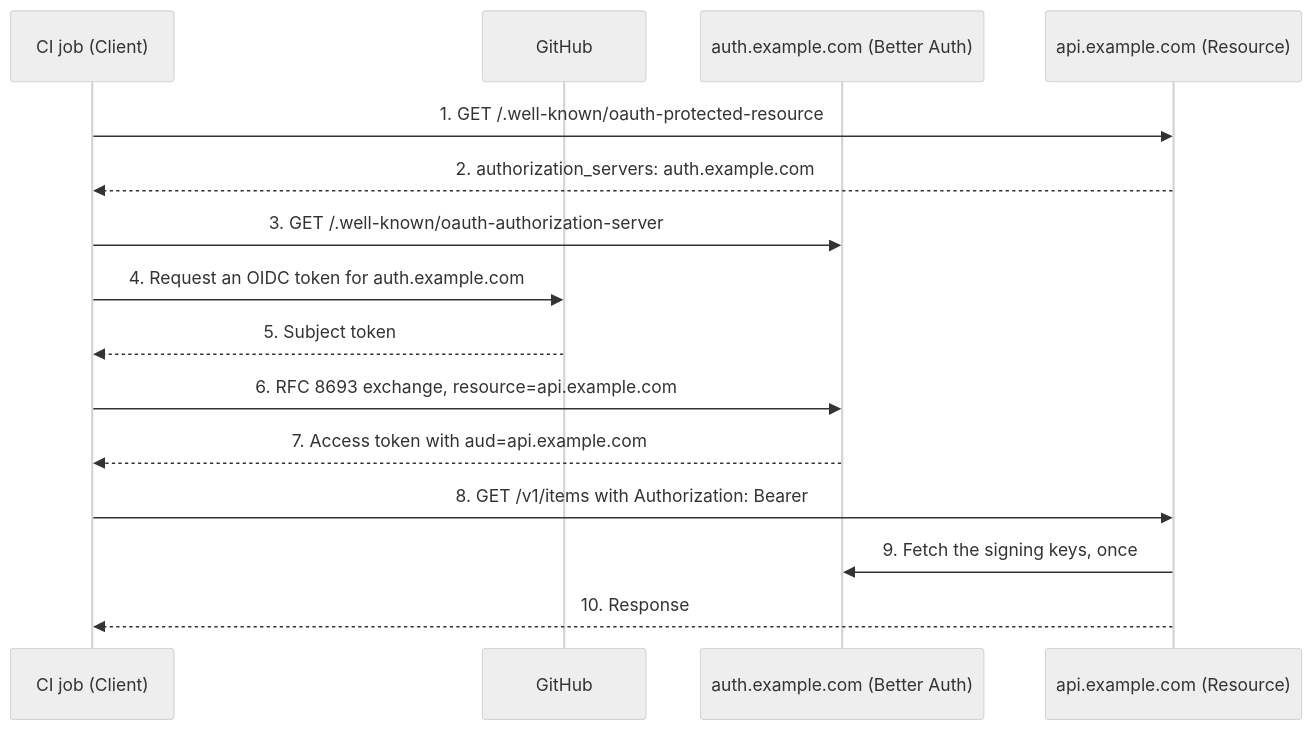
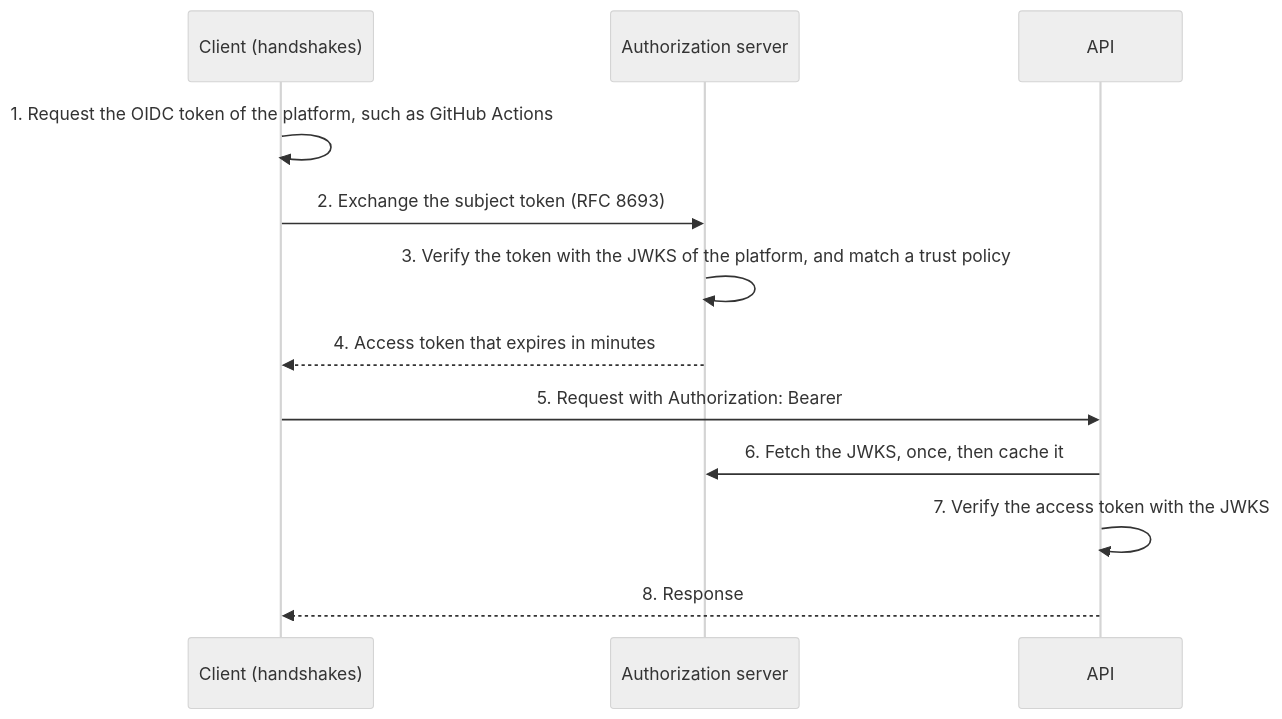
One commit to wevm/handshakes changed the first of 2 diagrams in README.md. Above: the diagram before and after it, drawn with Mermaid (neutral theme). The commit also changed other lines of this file, not shown here.

First line of the commit message:
docs: organize README usage by role and split the overview diagrams

````diff
--- a/README.md
+++ b/README.md
@@ -72,18 +41,15 @@
 ```mermaid
 sequenceDiagram
-  %% The authorization server and the API are separate hosts. The job starts from the API URL only.
-  participant Job as CI job (Client)
-  participant GH as GitHub
-  participant AS as auth.example.com (Better Auth)
-  participant API as api.example.com (Resource)
-  Job->>API: 1. GET /.well-known/oauth-protected-resource
-  API-->>Job: 2. authorization_servers: auth.example.com
-  Job->>AS: 3. GET /.well-known/oauth-authorization-server
-  Job->>GH: 4. Request an OIDC token for auth.example.com
-  GH-->>Job: 5. Subject token
-  Job->>AS: 6. RFC 8693 exchange, resource=api.example.com
-  AS-->>Job: 7. Access token with aud=api.example.com
-  Job->>API: 8. GET /v1/items with Authorization: Bearer
-  API->>AS: 9. Fetch the signing keys, once
-  API-->>Job: 10. Response
+  %% The client stores no secret. The platform signs the subject token for each job.
+  participant Client as Client (handshakes)
+  participant AS as Authorization server
+  participant API
+  Client->>Client: 1. Request the OIDC token of the platform, such as GitHub Actions
+  Client->>AS: 2. Exchange the subject token (RFC 8693)
+  AS->>AS: 3. Verify the token with the JWKS of the platform, and match a trust policy
+  AS-->>Client: 4. Access token that expires in minutes
+  Client->>API: 5. Request with Authorization: Bearer
+  API->>AS: 6. Fetch the JWKS, once, then cache it
+  API->>API: 7. Verify the access token with the JWKS
+  API-->>Client: 8. Response
 ```
````
